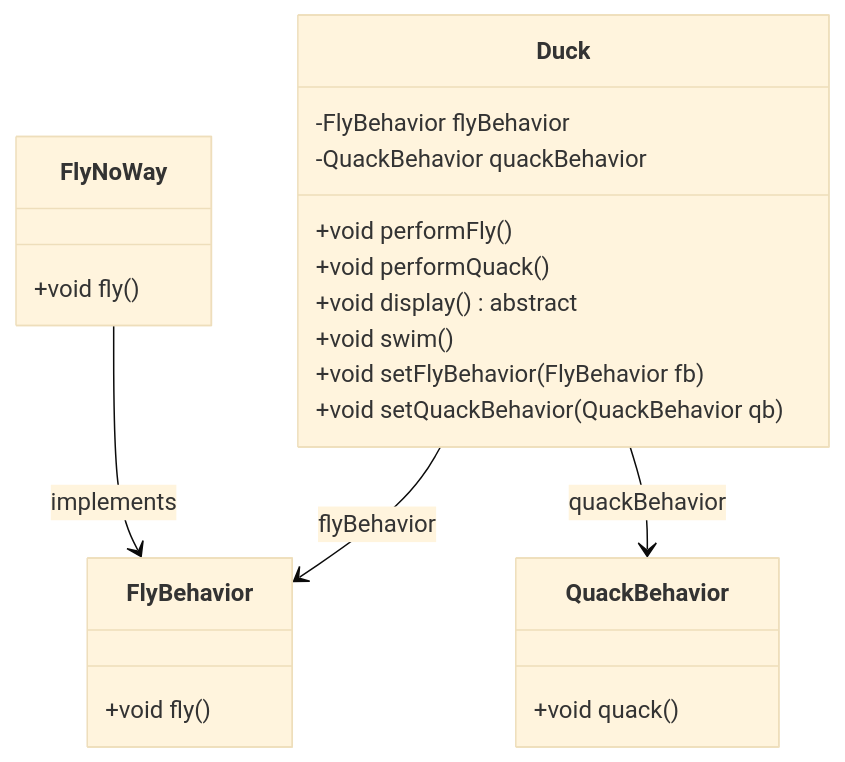
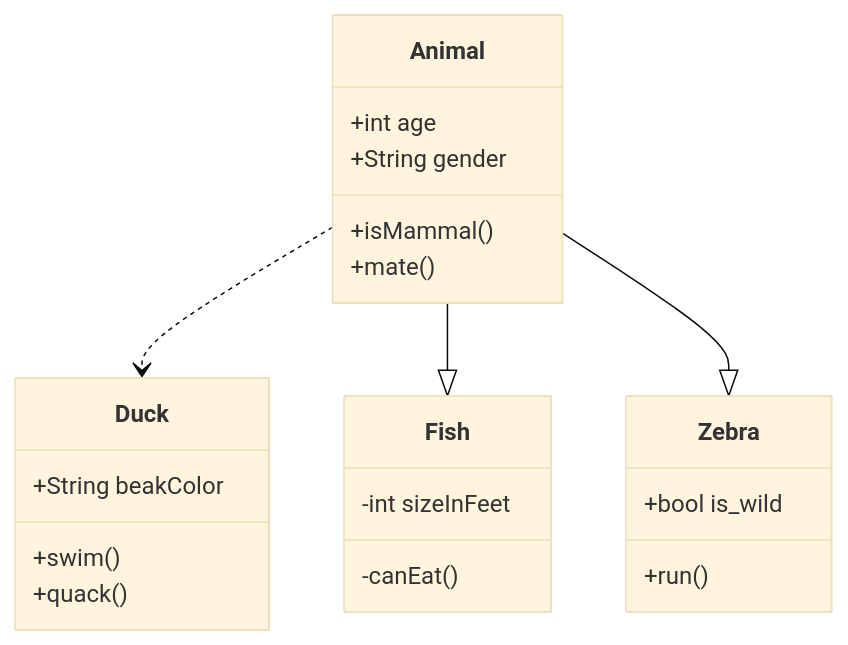
Before and after one commit to poppop9/obsidian: the second of 2 diagrams in 计算机/设计模式/2-3 行为型模式.md, drawn with Mermaid (base theme). The commit also changed 4 other files, not shown here.

````diff
--- a/计算机/设计模式/2-3 行为型模式.md
+++ b/计算机/设计模式/2-3 行为型模式.md
@@ -58,25 +58,23 @@
 ```mermaid
 classDiagram
-    class Duck {
-      -FlyBehavior flyBehavior
-      -QuackBehavior quackBehavior
-      +void performFly()
-      +void performQuack()
-      +void display() abstract
-      +void swim()
-      +void setFlyBehavior(FlyBehavior fb)
-      +void setQuackBehavior(QuackBehavior qb)
+    Animal ..> Duck
+    Animal --|> Fish
+    Animal --|> Zebra
+    Animal : +int age
+    Animal : +String gender
+    Animal: +isMammal()
+    Animal: +mate()
+    class Duck{
+      +String beakColor
+      +swim()
+      +quack()
     }
-    class FlyBehavior {
-      +void fly()
+    class Fish{
+      -int sizeInFeet
+      -canEat()
     }
-    class QuackBehavior {
-      +void quack()
+    class Zebra{
+      +bool is_wild
+      +run()
     }
-    class FlyNoWay {
-      +void fly()
-    }
-    Duck --> FlyBehavior: flyBehavior
-    Duck --> QuackBehavior: quackBehavior
-    FlyNoWay --> FlyBehavior: implements
 ```
````
